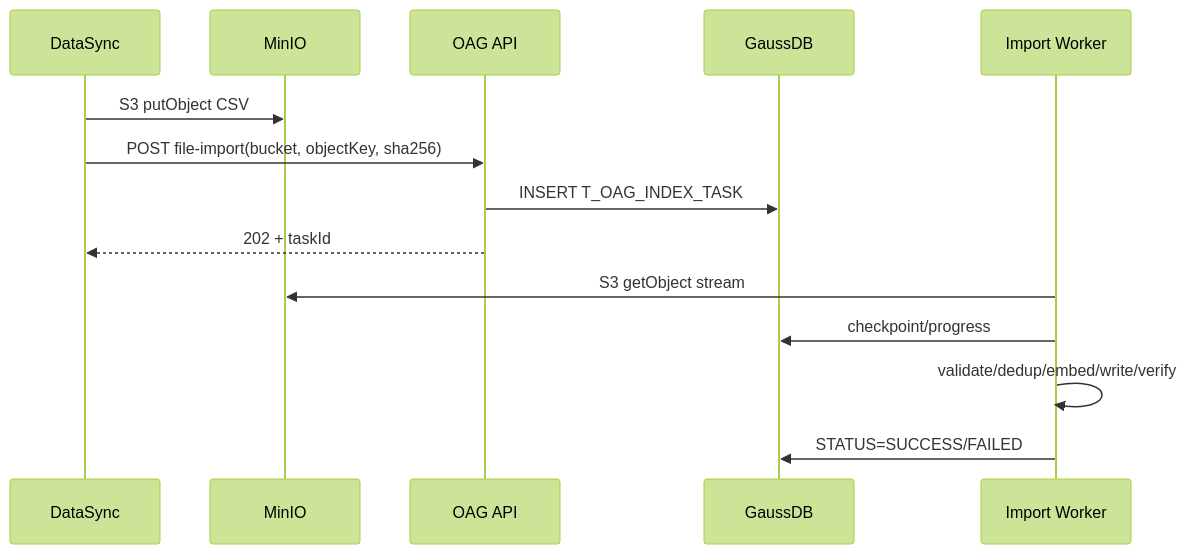
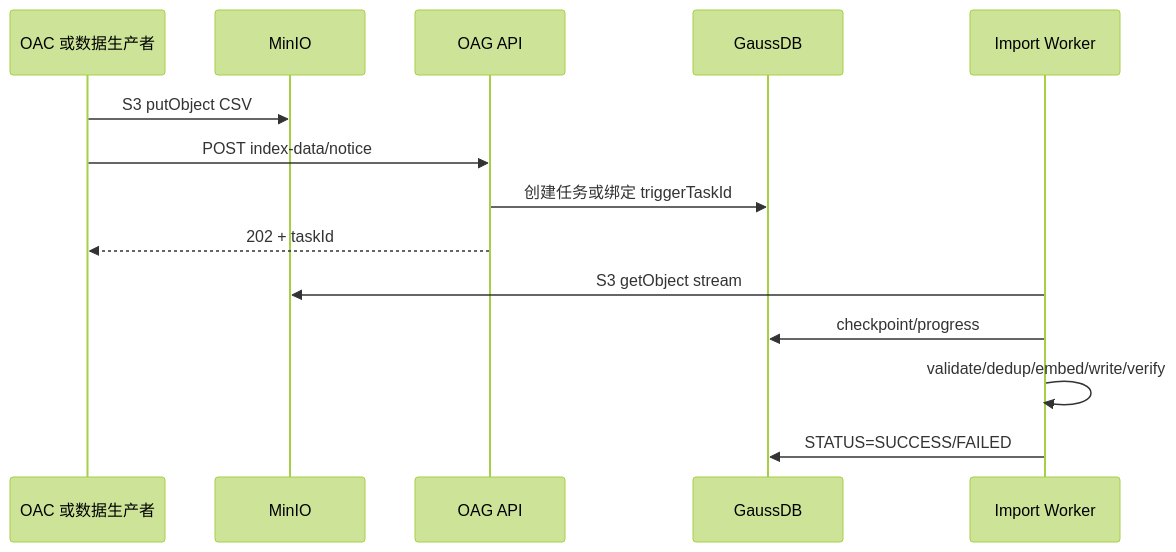
One commit to cfwl100/onology_dsl changed the fifth of 6 diagrams in docs/OAG本体锚点语义检索与向量索引设计方案.md. Above: the diagram before and after it, drawn with Mermaid (forest theme). The commit also changed other lines of this file, not shown here.

Commit message:
docs: define OAC index build interface combinations

````diff
--- a/docs/OAG本体锚点语义检索与向量索引设计方案.md
+++ b/docs/OAG本体锚点语义检索与向量索引设计方案.md
@@ -2983,17 +3322,17 @@
 ```mermaid
 sequenceDiagram
-    participant DS as DataSync
+    participant P as OAC 或数据生产者
     participant M as MinIO
     participant A as OAG API
     participant D as GaussDB
     participant W as Import Worker
 
-    DS->>M: S3 putObject CSV
-    DS->>A: POST file-import(bucket, objectKey, sha256)
-    A->>D: INSERT T_OAG_INDEX_TASK
-    A-->>DS: 202 + taskId
+    P->>M: S3 putObject CSV
+    P->>A: POST index-data/notice
+    A->>D: 创建任务或绑定 triggerTaskId
+    A-->>P: 202 + taskId
     W->>M: S3 getObject stream
     W->>D: checkpoint/progress
     W->>W: validate/dedup/embed/write/verify
     W->>D: STATUS=SUCCESS/FAILED
 ```
````
